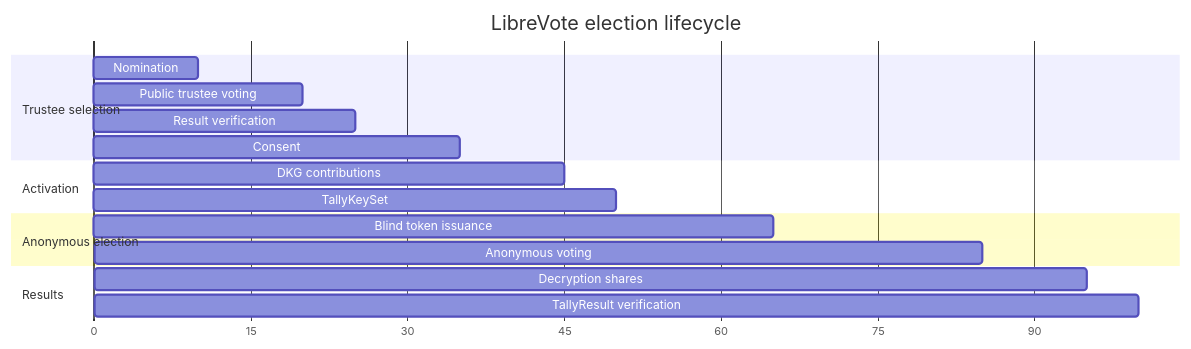
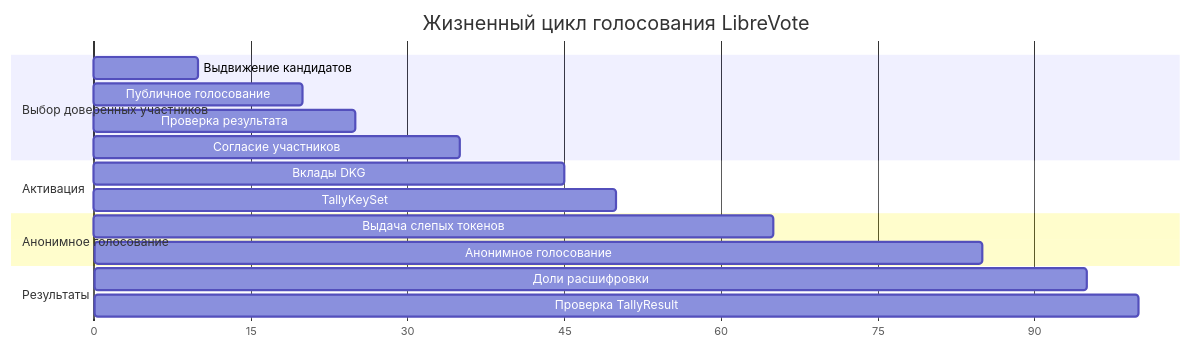
Before and after one commit to arshtanko/librevote: diagram 15 of 17 in librevote-presentation-ru.md, drawn with Mermaid. The commit also changed other lines of this file, not shown here.

````diff
--- a/librevote-presentation-ru.md
+++ b/librevote-presentation-ru.md
@@ -415,20 +441,20 @@
 ```mermaid
 gantt
-  title LibreVote election lifecycle
+  title Жизненный цикл голосования LibreVote
   dateFormat  X
   axisFormat %s
-  section Trustee selection
-  Nomination                 :a1, 0, 10
-  Public trustee voting      :a2, 10, 20
-  Result verification        :a3, 20, 25
-  Consent                    :a4, 25, 35
-  section Activation
-  DKG contributions          :b1, 35, 45
+  section Выбор доверенных участников
+  Выдвижение кандидатов      :a1, 0, 10
+  Публичное голосование      :a2, 10, 20
+  Проверка результата        :a3, 20, 25
+  Согласие участников        :a4, 25, 35
+  section Активация
+  Вклады DKG                 :b1, 35, 45
   TallyKeySet                :b2, 45, 50
-  section Anonymous election
-  Blind token issuance       :c1, 50, 65
-  Anonymous voting           :c2, 65, 85
-  section Results
-  Decryption shares          :d1, 85, 95
-  TallyResult verification   :d2, 95, 100
+  section Анонимное голосование
+  Выдача слепых токенов      :c1, 50, 65
+  Анонимное голосование      :c2, 65, 85
+  section Результаты
+  Доли расшифровки           :d1, 85, 95
+  Проверка TallyResult       :d2, 95, 100
 ```
````
